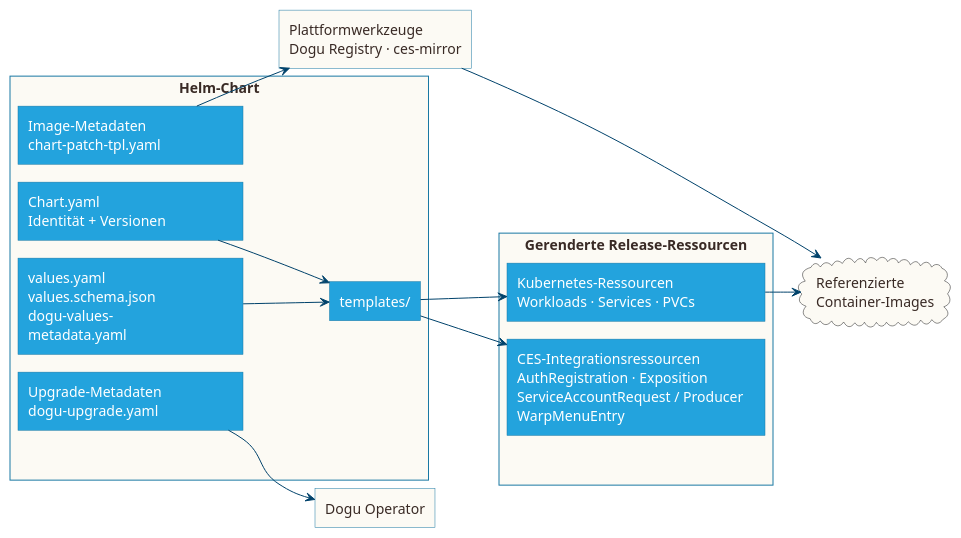
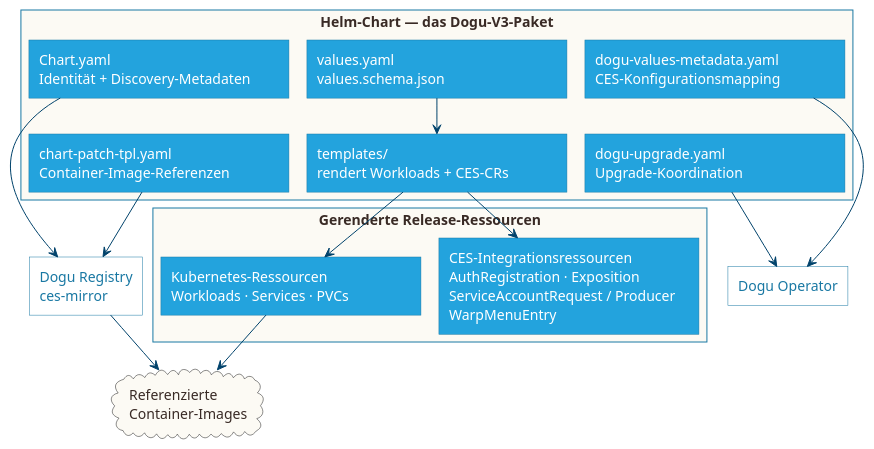
Before and after one commit to cloudogu/dogu-development-docs: the diagram in docs/v3/images/artifacts_de.puml, drawn with PlantUML. The commit also changed 3 other files, not shown here.

Commit message:
#90 Improve Dogu V3 artifacts diagram layout and mapping

```diff
--- a/docs/v3/images/artifacts_de.puml
+++ b/docs/v3/images/artifacts_de.puml
@@ -1,66 +1,73 @@
 @startuml
 !pragma layout smetana
 skinparam backgroundColor white
 skinparam defaultFontColor #392A25
 skinparam ArrowColor #00426B
 skinparam rectangleBorderColor #1978A3
 skinparam rectangleBackgroundColor #23A3DD
 skinparam rectangleRoundCorner 0
 skinparam shadowing false
 hide stereotype
-left to right direction
+top to bottom direction
 
 <style>
 root {
   Margin 20
 }
 rectangle {
   FontColor white
   .group {
     BackgroundColor #FCFAF4
     FontColor #392A25
     LineColor #1978A3
     HorizontalAlignment left
   }
-  .leftArtifact {
-    MinimumWidth 205
+  .artifact {
+    MinimumWidth 240
     HorizontalAlignment left
   }
-  .renderedArtifact {
-    MinimumWidth 238
+  .system {
+    BackgroundColor white
+    FontColor #1978A3
+    LineColor #1978A3
     HorizontalAlignment left
   }
 }
 </style>
 
-rectangle "Helm-Chart" as chart <<group>> {
-  together {
-    rectangle "Chart.yaml\nIdentität + Versionen" as metadata <<leftArtifact>>
-    rectangle "values.yaml\nvalues.schema.json\ndogu-values-\nmetadata.yaml" as config <<leftArtifact>>
-    rectangle "Image-Metadaten\nchart-patch-tpl.yaml" as imageMetadata <<leftArtifact>>
-    rectangle "Upgrade-Metadaten\ndogu-upgrade.yaml" as upgradeMetadata <<leftArtifact>>
-  }
-  rectangle "templates/" as templates
+rectangle "Helm-Chart — das Dogu-V3-Paket" as chart <<group>> {
+  rectangle "Chart.yaml\nIdentität + Discovery-Metadaten" as metadata <<artifact>>
+  rectangle "values.yaml\nvalues.schema.json" as config <<artifact>>
+  rectangle "dogu-values-metadata.yaml\nCES-Konfigurationsmapping" as valuesMeta <<artifact>>
+  rectangle "chart-patch-tpl.yaml\nContainer-Image-Referenzen" as imageMeta <<artifact>>
+  rectangle "dogu-upgrade.yaml\nUpgrade-Koordination" as upgradeMeta <<artifact>>
+  rectangle "templates/\nrendert Workloads + CES-CRs" as templates <<artifact>>
+
+  metadata -[hidden]right-> config
+  config -[hidden]right-> valuesMeta
+  imageMeta -[hidden]right-> upgradeMeta
+  upgradeMeta -[hidden]right-> templates
 }
 
-cloud "Referenzierte\nContainer-Images" as images #FCFAF4
-rectangle "Plattformwerkzeuge\nDogu Registry · ces-mirror" as tooling <<group>>
-rectangle "Dogu Operator" as operator <<group>>
 rectangle "Gerenderte Release-Ressourcen" as rendered <<group>> {
-  together {
-    rectangle "Kubernetes-Ressourcen\nWorkloads · Services · PVCs" as k8s <<renderedArtifact>>
-    rectangle "CES-Integrationsressourcen\nAuthRegistration · Exposition\nServiceAccountRequest / Producer\nWarpMenuEntry" as ces <<renderedArtifact>>
-  }
+  rectangle "Kubernetes-Ressourcen\nWorkloads · Services · PVCs" as k8s <<artifact>>
+  rectangle "CES-Integrationsressourcen\nAuthRegistration · Exposition\nServiceAccountRequest / Producer\nWarpMenuEntry" as ces <<artifact>>
+  k8s -[hidden]right-> ces
 }
 
-chart -[hidden]right-> rendered
-rendered -[hidden]right-> images
-metadata --> templates
+rectangle "Dogu Registry\nces-mirror" as registry <<system>>
+rectangle "Dogu Operator" as operator <<system>>
+cloud "Referenzierte\nContainer-Images" as images #FCFAF4
+
 config --> templates
 templates --> k8s
 templates --> ces
-imageMetadata --> tooling
-tooling --> images
-upgradeMetadata --> operator
 k8s --> images
+
+metadata --> registry
+imageMeta --> registry
+registry --> images
+
+valuesMeta --> operator
+upgradeMeta --> operator
 @enduml
```
